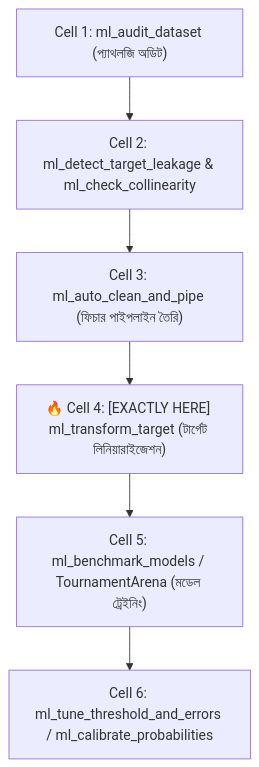
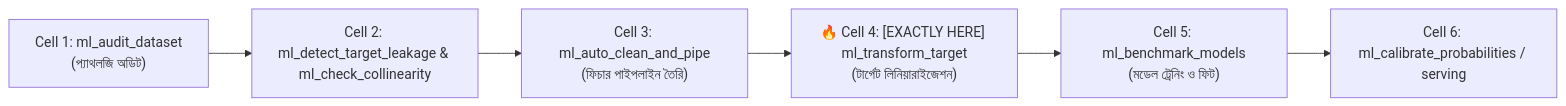
One commit to sadik004/ml-mcp changed the first of 2 diagrams in docs/phases/phase-02-feature-engineering/ml_transform_target.md. Above: the diagram before and after it, drawn with Mermaid. The commit also changed other lines of this file and 2 other files, not shown here.

Commit message:
docs: standardize ml_check_collinearity, ml_transform_target, and ml_detect_label_errors to unified 6-section masterclass format

````diff
--- a/docs/phases/phase-02-feature-engineering/ml_transform_target.md
+++ b/docs/phases/phase-02-feature-engineering/ml_transform_target.md
@@ -52,8 +45,8 @@
 ```mermaid
-flowchart TD
-    C1["Cell 1: ml_audit_dataset (প্যাথলজি অডিট)"] --> C2["Cell 2: ml_detect_target_leakage & ml_check_collinearity"]
-    C2 --> C3["Cell 3: ml_auto_clean_and_pipe (ফিচার পাইপলাইন তৈরি)"]
-    C3 --> C4["🔥 Cell 4: [EXACTLY HERE] ml_transform_target (টার্গেট লিনিয়ারাইজেশন)"]
-    C4 --> C5["Cell 5: ml_benchmark_models / TournamentArena (মডেল ট্রেইনিং)"]
-    C5 --> C6["Cell 6: ml_tune_threshold_and_errors / ml_calibrate_probabilities"]
+flowchart LR
+    C1["Cell 1: ml_audit_dataset<br/>(প্যাথলজি অডিট)"] --> C2["Cell 2: ml_detect_target_leakage & ml_check_collinearity"]
+    C2 --> C3["Cell 3: ml_auto_clean_and_pipe<br/>(ফিচার পাইপলাইন তৈরি)"]
+    C3 --> C4["🔥 Cell 4: [EXACTLY HERE] ml_transform_target<br/>(টার্গেট লিনিয়ারাইজেশন)"]
+    C4 --> C5["Cell 5: ml_benchmark_models<br/>(মডেল ট্রেনিং ও ফিট)"]
+    C5 --> C6["Cell 6: ml_calibrate_probabilities / serving"]
 ```
````
